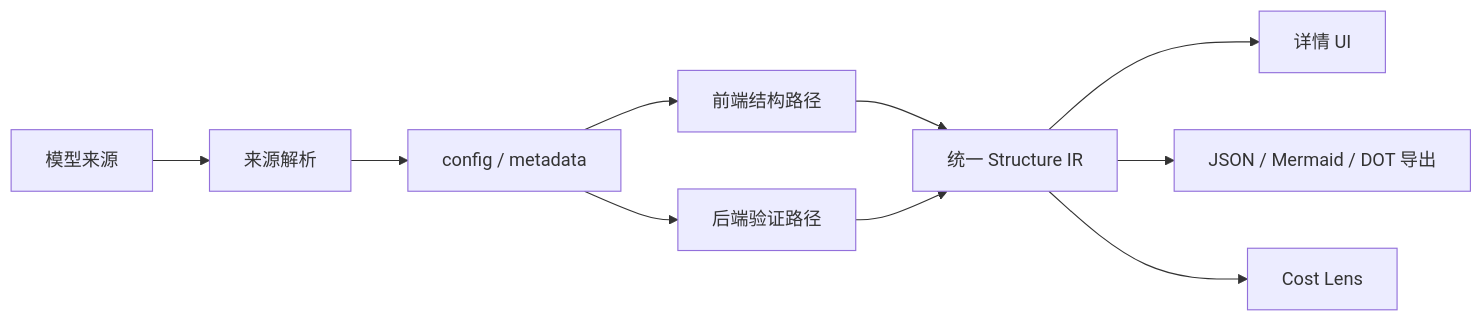
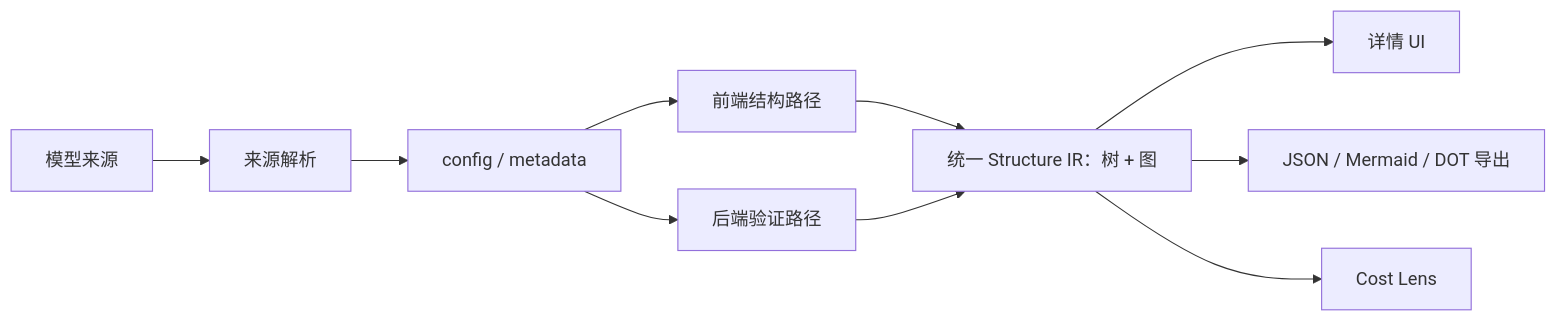
Before and after one commit to KinChow/model-structure-viewer: the diagram in docs/architecture.md, drawn with Mermaid. The commit also changed other lines of this file and 9 other files, not shown here.

Commit message:
docs: align graph and release verification guidance

````diff
--- a/docs/architecture.md
+++ b/docs/architecture.md
@@ -9,12 +9,12 @@
 ```mermaid
 flowchart LR
   S[模型来源] --> R[来源解析]
   R --> C[config / metadata]
   C --> F[前端结构路径]
   C --> B[后端验证路径]
-  F --> IR[统一 Structure IR]
+  F --> IR[统一 Structure IR：树 + 图]
   B --> IR
   IR --> V[详情 UI]
   IR --> E[JSON / Mermaid / DOT 导出]
   IR --> L[Cost Lens]
 ```
````
